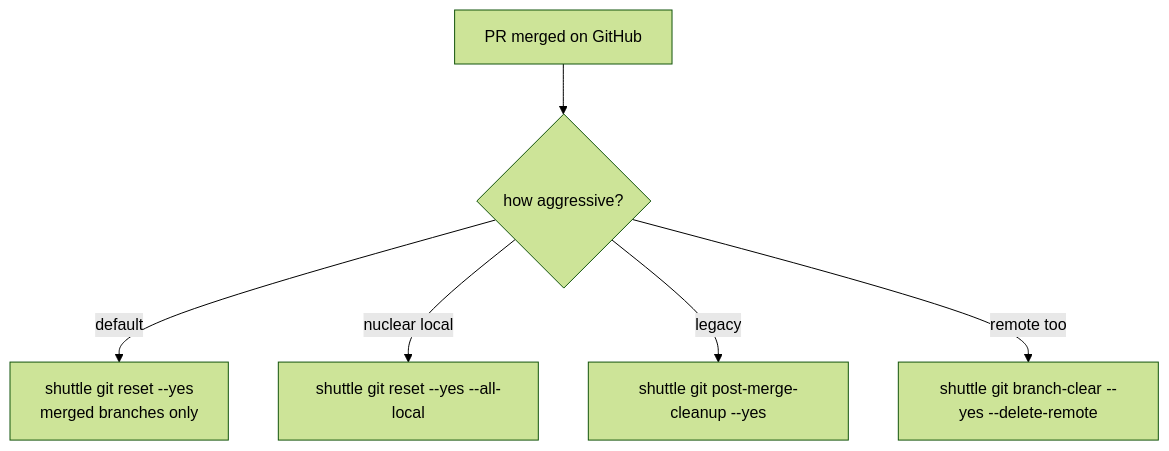
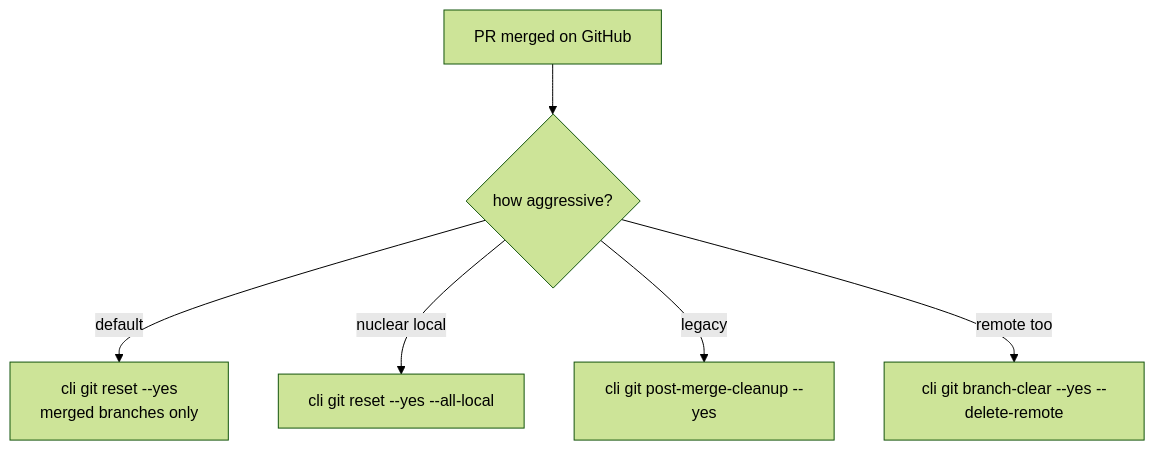
One commit to gardusig/cli changed the fifth of 7 diagrams in docs/workflows.md. Above: the diagram before and after it, drawn with Mermaid (forest theme). The commit also changed other lines of this file and 289 other files, not shown here.

First line of the commit message:
Rename shuttle to cli across package, docs, scripts, and tests.

````diff
--- a/docs/workflows.md
+++ b/docs/workflows.md
@@ -117,8 +117,8 @@
 ```mermaid
 flowchart TD
     A["PR merged on GitHub"] --> B{"how aggressive?"}
-    B -->|default| C["shuttle git reset --yes<br/>merged branches only"]
-    B -->|nuclear local| D["shuttle git reset --yes --all-local"]
-    B -->|legacy| E["shuttle git post-merge-cleanup --yes"]
-    B -->|remote too| F["shuttle git branch-clear --yes --delete-remote"]
+    B -->|default| C["cli git reset --yes<br/>merged branches only"]
+    B -->|nuclear local| D["cli git reset --yes --all-local"]
+    B -->|legacy| E["cli git post-merge-cleanup --yes"]
+    B -->|remote too| F["cli git branch-clear --yes --delete-remote"]
 ```
````
